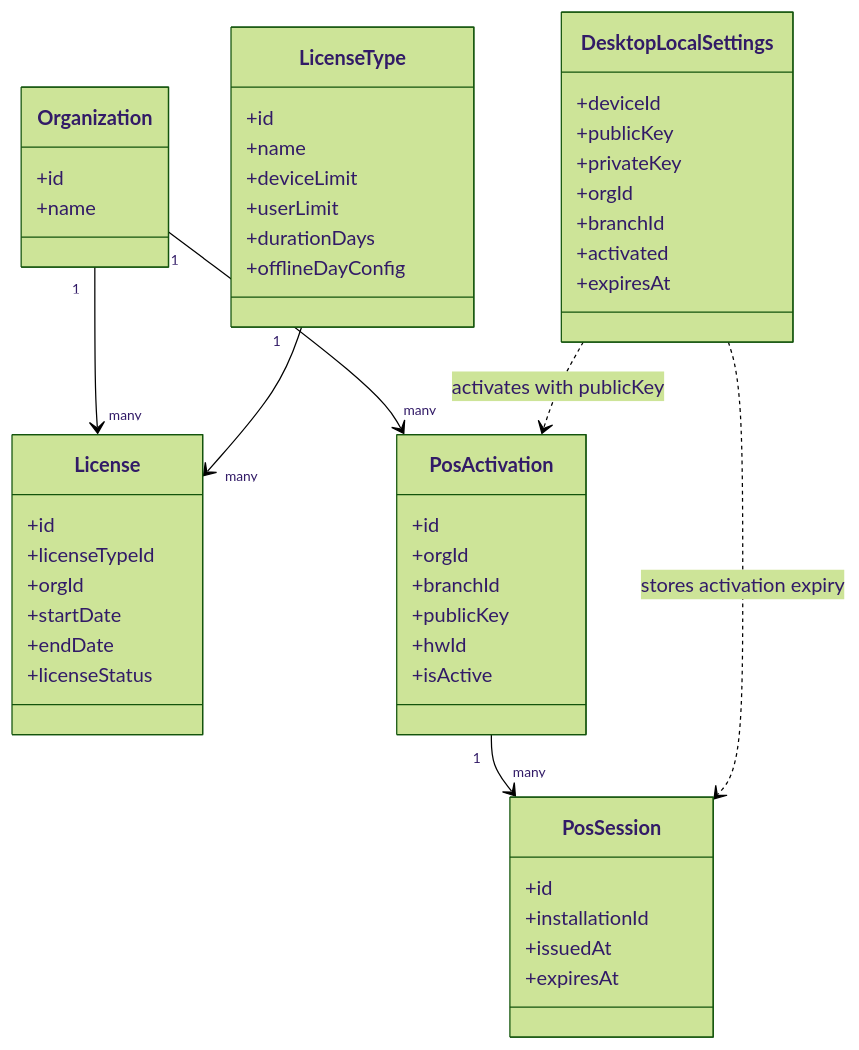
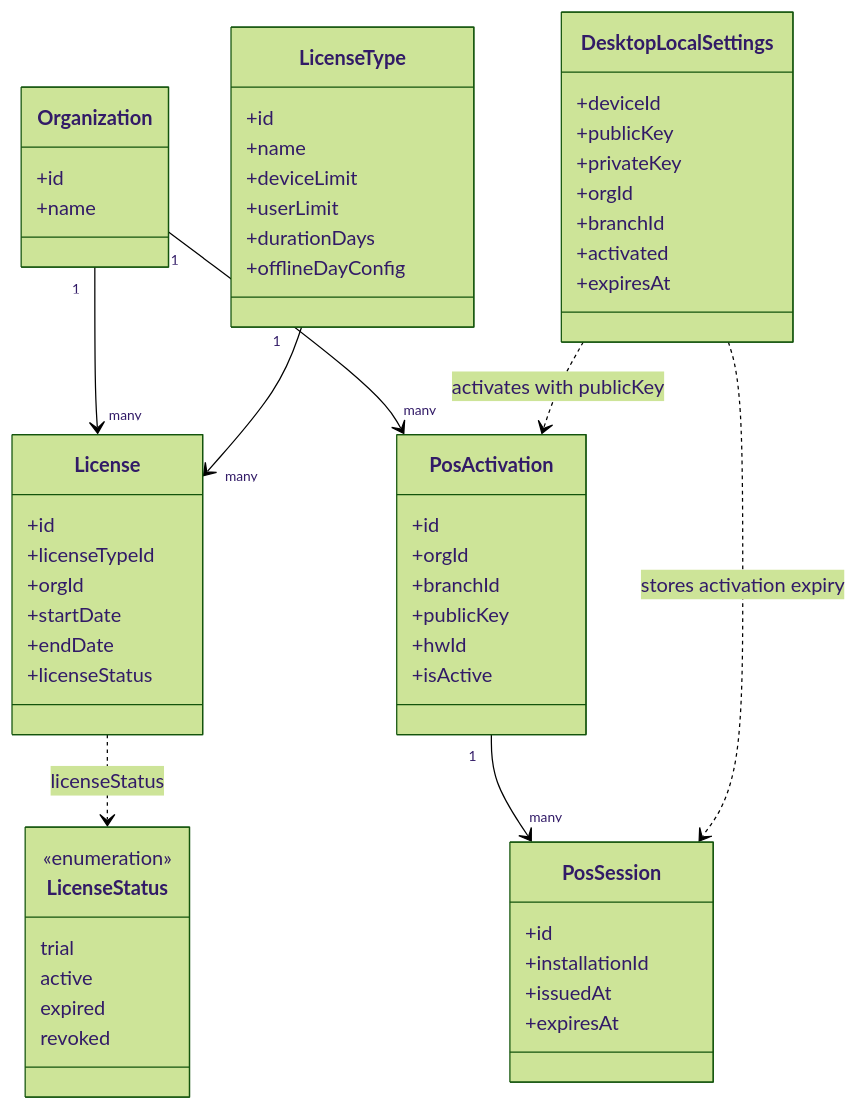
Before and after one commit to nomundari-zerotech/pos-docs: the fourth of 5 diagrams in class-diagrams.md, drawn with Mermaid (forest theme). The commit also changed other lines of this file and 23 other files, not shown here.

````diff
--- a/class-diagrams.md
+++ b/class-diagrams.md
@@ -324,58 +393,67 @@
 ```mermaid
 classDiagram
   class Organization {
     +id
     +name
   }
 
   class LicenseType {
     +id
     +name
     +deviceLimit
     +userLimit
     +durationDays
     +offlineDayConfig
   }
 
   class License {
     +id
     +licenseTypeId
     +orgId
     +startDate
     +endDate
     +licenseStatus
+  }
+
+  class LicenseStatus {
+    <<enumeration>>
+    trial
+    active
+    expired
+    revoked
   }
 
   class PosActivation {
     +id
     +orgId
     +branchId
     +publicKey
     +hwId
     +isActive
   }
 
   class PosSession {
     +id
     +installationId
     +issuedAt
     +expiresAt
   }
 
   class DesktopLocalSettings {
     +deviceId
     +publicKey
     +privateKey
     +orgId
     +branchId
     +activated
     +expiresAt
   }
 
   Organization "1" --> "many" License
   LicenseType "1" --> "many" License
+  License ..> LicenseStatus : licenseStatus
   Organization "1" --> "many" PosActivation
   PosActivation "1" --> "many" PosSession
   DesktopLocalSettings ..> PosActivation : activates with publicKey
   DesktopLocalSettings ..> PosSession : stores activation expiry
 ```
````
